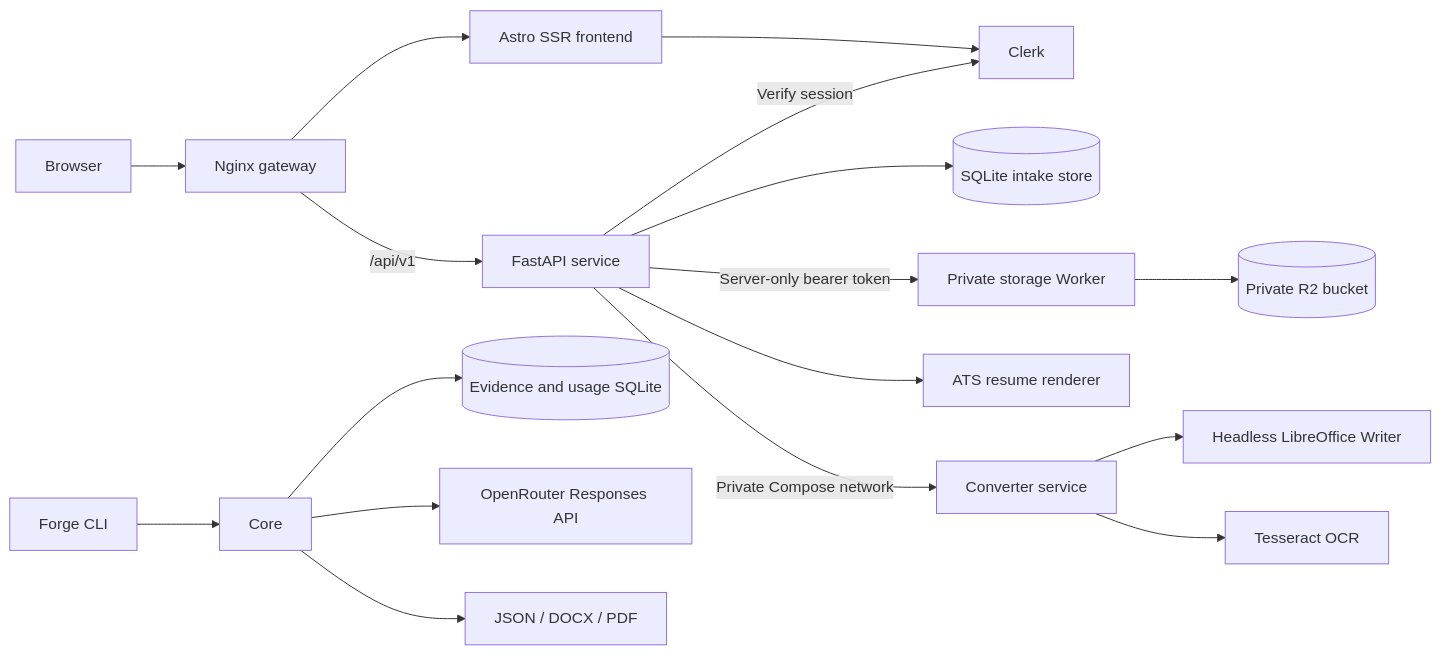
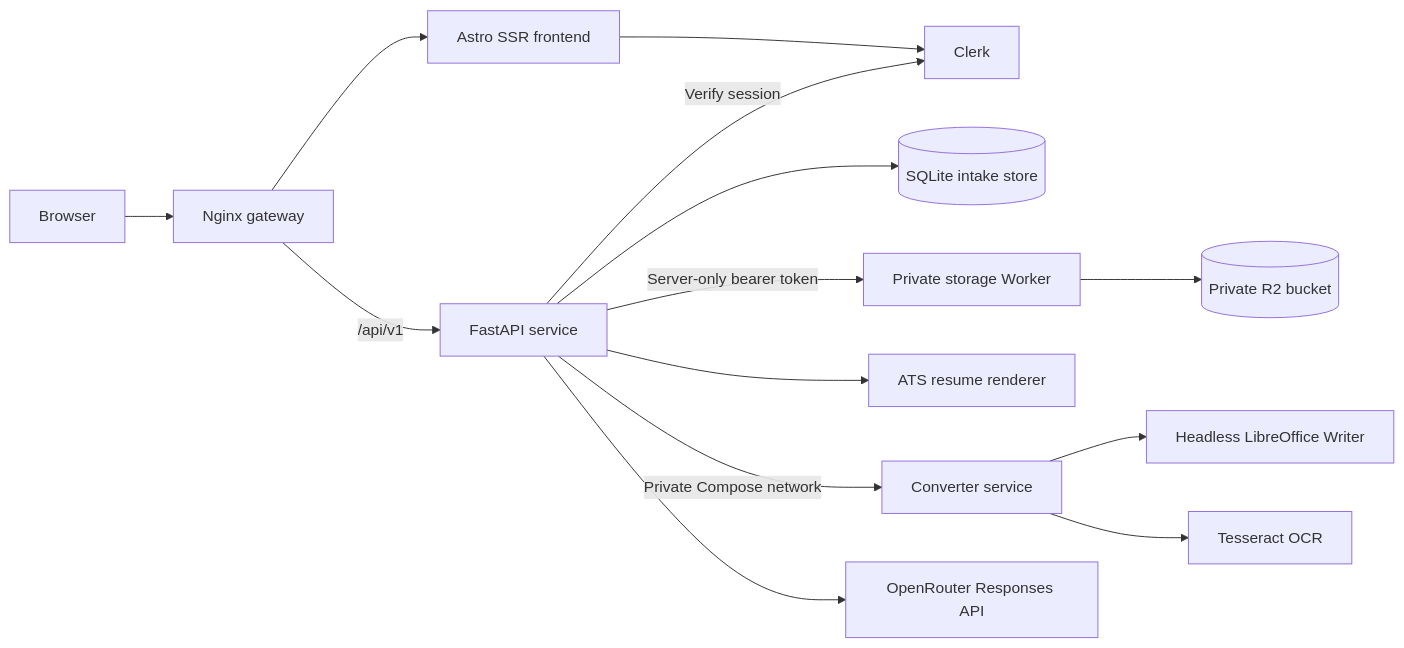
The diagram in docs/architecture.md (aminhaiqal/axelyn-forge), drawn with Mermaid before and after one commit. The commit also changed other lines of this file and 70 other files, not shown here.

````diff
--- a/docs/architecture.md
+++ b/docs/architecture.md
@@ -5,20 +5,17 @@
 ```mermaid
 flowchart LR
     Browser[Browser] --> Proxy[Nginx gateway]
     Proxy --> Frontend[Astro SSR frontend]
     Proxy -->|/api/v1| API[FastAPI service]
     Frontend --> Clerk[Clerk]
     API -->|Verify session| Clerk
     API --> Intake[(SQLite intake store)]
     API -->|Server-only bearer token| StorageWorker[Private storage Worker]
     StorageWorker --> R2[(Private R2 bucket)]
     API --> ResumeRenderer[ATS resume renderer]
     API -->|Private Compose network| Converter[Converter service]
     Converter --> LibreOffice[Headless LibreOffice Writer]
     Converter --> Tesseract[Tesseract OCR]
 
-    CLI[Forge CLI] --> Core
-    Core --> Evidence[(Evidence and usage SQLite)]
-    Core --> Provider[OpenRouter Responses API]
-    Core --> Artifacts[JSON / DOCX / PDF]
+    API --> Provider[OpenRouter Responses API]
 ```
````
